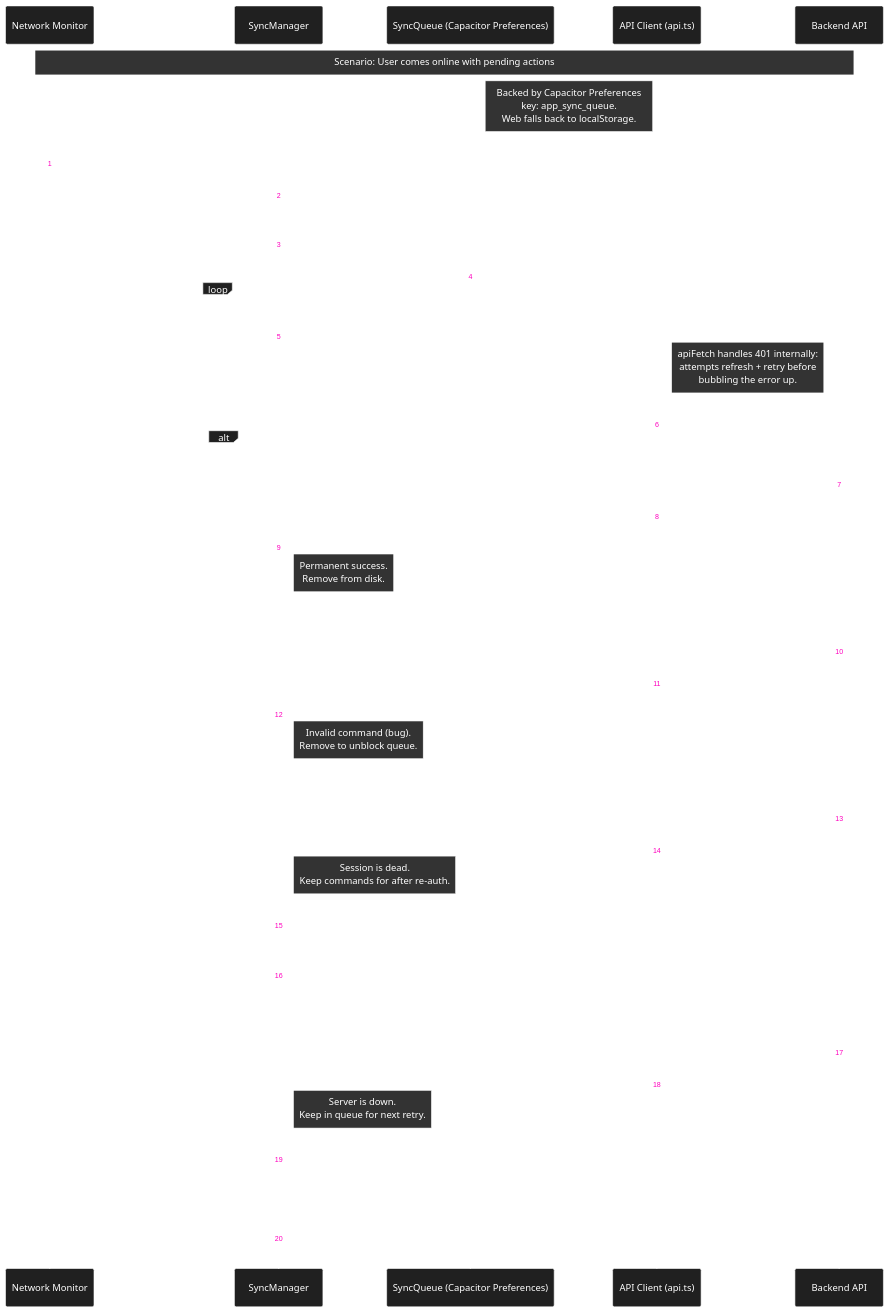
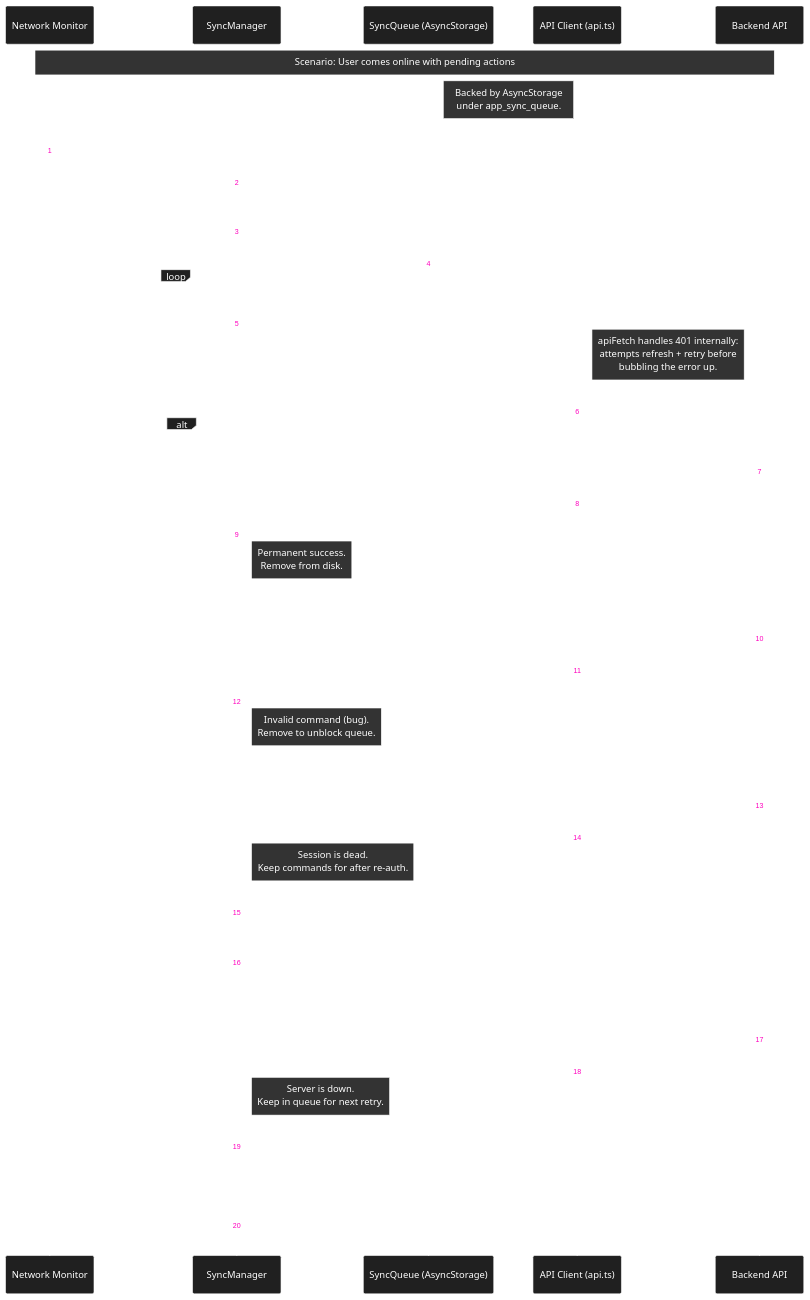
Before and after one commit to michaelgreenl/tally-tracker: the diagram in docs/diagrams/sequence/background-sync.md, drawn with Mermaid. The commit also changed 213 other files, not shown here.

````diff
--- a/docs/diagrams/sequence/background-sync.md
+++ b/docs/diagrams/sequence/background-sync.md
@@ -3,71 +3,71 @@
 ```mermaid
 %%{
   init: {
     'theme': 'base',
     'themeVariables': {
       'primaryColor': '#202020',
       'primaryTextColor': '#fff',
       'primaryBorderColor': '#ffffff',
       'lineColor': '#00ff41',
       'secondaryColor': '#006100',
       'tertiaryColor': '#fff',
       'noteBkgColor': '#333',
       'noteTextColor': '#fff',
       'noteBorderColor': '#fff'
     }
   }
 }%%
 
 sequenceDiagram
     autonumber
     participant Net as Network Monitor
     participant Manager as SyncManager
-    participant Queue as SyncQueue (Capacitor Preferences)
+    participant Queue as SyncQueue (AsyncStorage)
     participant Client as API Client (api.ts)
     participant API as Backend API
 
     Note over Net, API: Scenario: User comes online with pending actions
-    Note right of Queue: Backed by Capacitor Preferences<br/>key: app_sync_queue.<br/>Web falls back to localStorage.
+    Note right of Queue: Backed by AsyncStorage<br/>under app_sync_queue.
 
-    Net->>Manager: Event: 'networkStatusChange' (Connected)
+    Net->>Manager: Expo Network reports connected
     Manager->>Manager: processQueue()
 
     Manager->>Queue: getQueue()
     Queue-->>Manager: Returns [Cmd1, Cmd2]
 
     loop For Each Command
         Manager->>Client: Execute Command (Cmd1)
 
         Note right of Client: apiFetch handles 401 internally:<br/>attempts refresh + retry before<br/>bubbling the error up.
 
         Client->>API: Request (with idempotency key)
 
         alt Success (200/201)
             API-->>Client: 200 OK
             Client-->>Manager: Success
             Manager->>Queue: removeCommand(Cmd1)
             Note right of Manager: Permanent success.<br/>Remove from disk.
 
         else Fatal Error (non-401 4xx)
             API-->>Client: 400/403/404/409/422
             Client-->>Manager: ApiError (4xx)
             Manager->>Queue: removeCommand(Cmd1)
             Note right of Manager: Invalid command (bug).<br/>Remove to unblock queue.
 
         else Session Expired (401 after refresh failed)
             API-->>Client: 401 Unauthorized
             Client-->>Manager: ApiError (401)
             Note right of Manager: Session is dead.<br/>Keep commands for after re-auth.
             Manager->>Manager: Trigger logout
             Manager-->>Manager: Stop Processing (Break Loop)
 
         else Temporary Error (500/Network)
             API-->>Client: 500 Server Error
             Client-->>Manager: ApiError (5xx/0)
             Note right of Manager: Server is down.<br/>Keep in queue for next retry.
             Manager-->>Manager: Stop Processing (Break Loop)
         end
     end
 
     Manager-->>Manager: isSyncing = false
 ```
````
